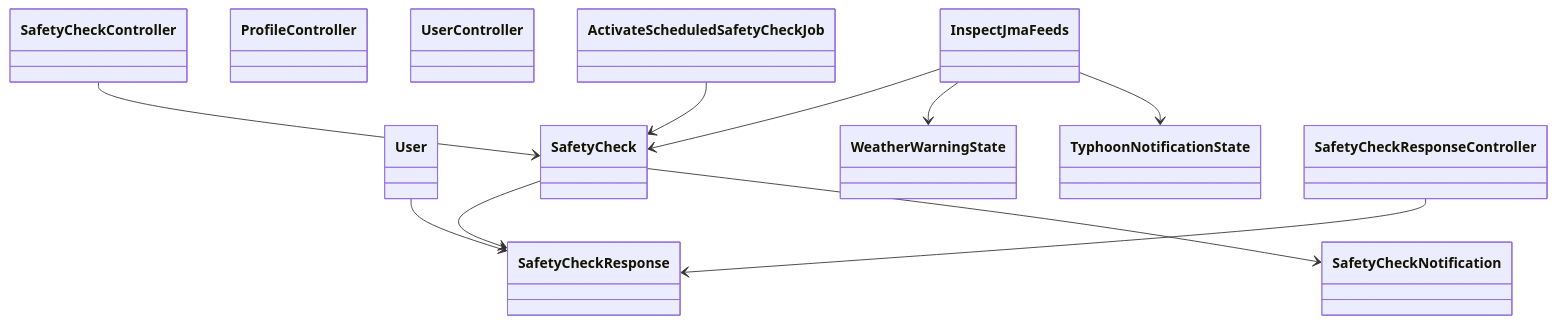
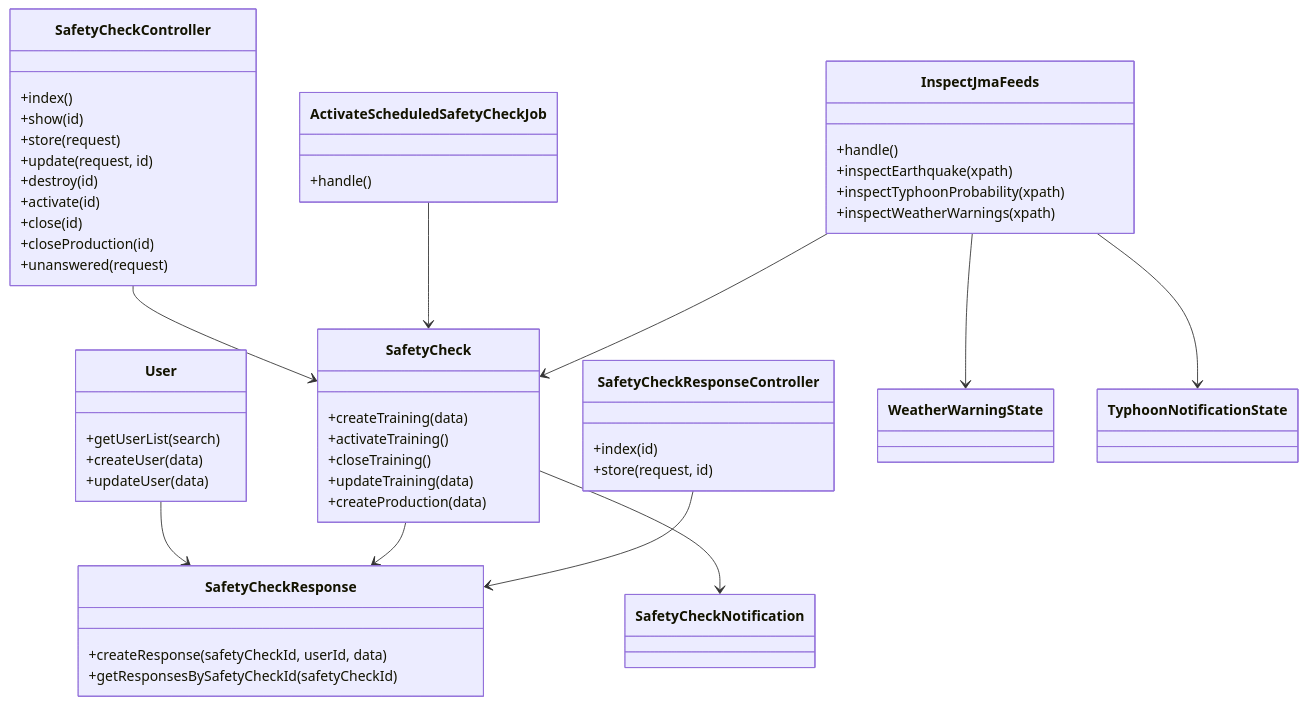
Before and after one commit to alcion-demo/API_safetycheck: the second of 2 diagrams in README.md, drawn with Mermaid. The commit also changed other lines of this file, not shown here.

Commit message:
README修正

````diff
--- a/README.md
+++ b/README.md
@@ -299,25 +300,63 @@
 ```mermaid
 classDiagram
-    class User
-    class SafetyCheck
-    class SafetyCheckResponse
+    class User {
+        +getUserList(search)
+        +createUser(data)
+        +updateUser(data)
+    }
+
+    class SafetyCheck {
+        +createTraining(data)
+        +activateTraining()
+        +closeTraining()
+        +updateTraining(data)
+        +createProduction(data)
+    }
+
+    class SafetyCheckResponse {
+        +createResponse(safetyCheckId, userId, data)
+        +getResponsesBySafetyCheckId(safetyCheckId)
+    }
+
+    class SafetyCheckController {
+        +index()
+        +show(id)
+        +store(request)
+        +update(request, id)
+        +destroy(id)
+        +activate(id)
+        +close(id)
+        +closeProduction(id)
+        +unanswered(request)
+    }
+
+    class SafetyCheckResponseController {
+        +index(id)
+        +store(request, id)
+    }
+
+    class ActivateScheduledSafetyCheckJob {
+        +handle()
+    }
+
+    class InspectJmaFeeds {
+        +handle()
+        +inspectEarthquake(xpath)
+        +inspectTyphoonProbability(xpath)
+        +inspectWeatherWarnings(xpath)
+    }
+
     class WeatherWarningState
     class TyphoonNotificationState
-    class SafetyCheckController
-    class SafetyCheckResponseController
-    class ProfileController
-    class UserController
-    class InspectJmaFeeds
-    class ActivateScheduledSafetyCheckJob
     class SafetyCheckNotification
 
     User --> SafetyCheckResponse
     SafetyCheck --> SafetyCheckResponse
     SafetyCheckController --> SafetyCheck
     SafetyCheckResponseController --> SafetyCheckResponse
+    ActivateScheduledSafetyCheckJob --> SafetyCheck
     InspectJmaFeeds --> SafetyCheck
     InspectJmaFeeds --> WeatherWarningState
     InspectJmaFeeds --> TyphoonNotificationState
-    ActivateScheduledSafetyCheckJob --> SafetyCheck
     SafetyCheck --> SafetyCheckNotification
 ```
````
